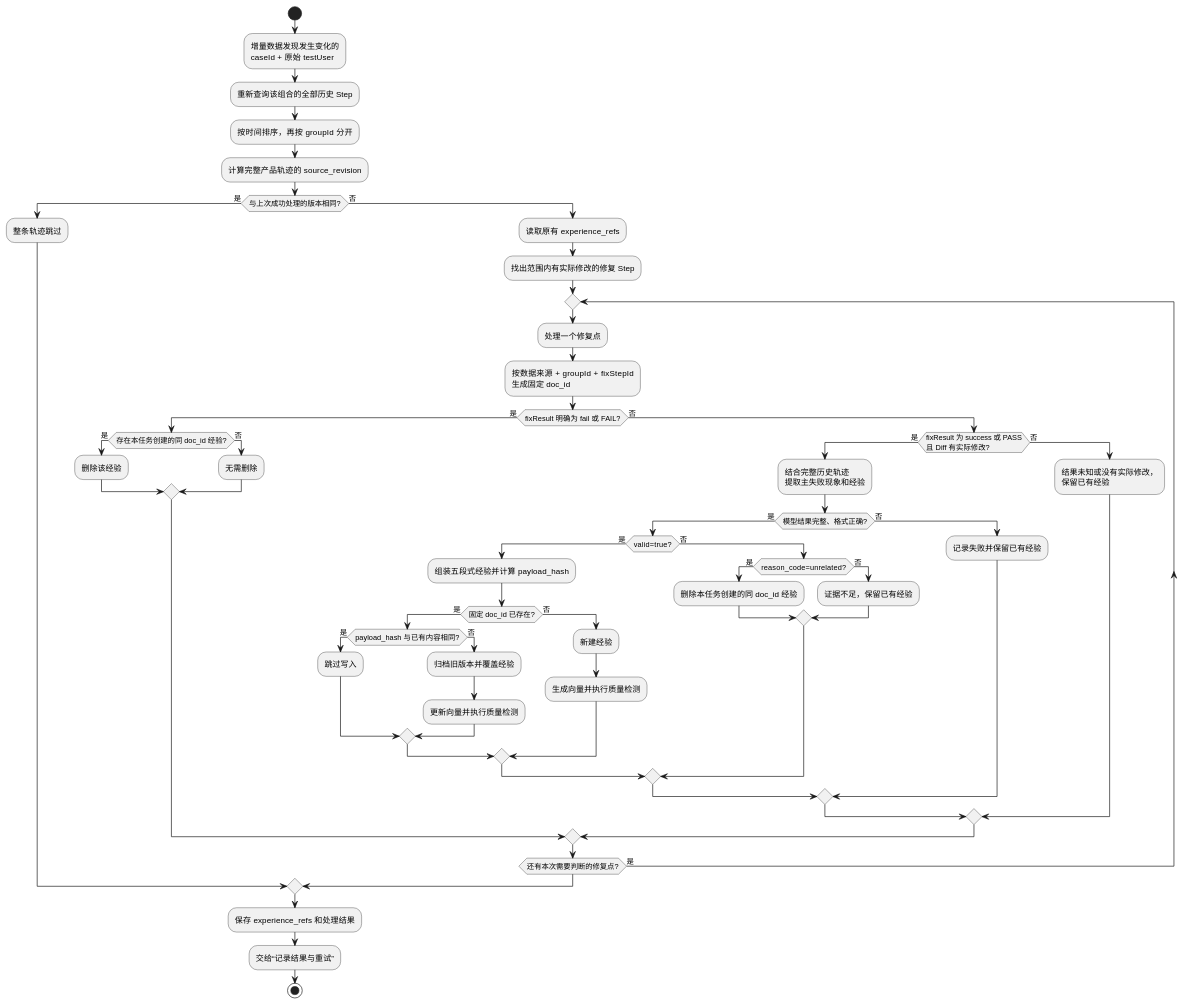
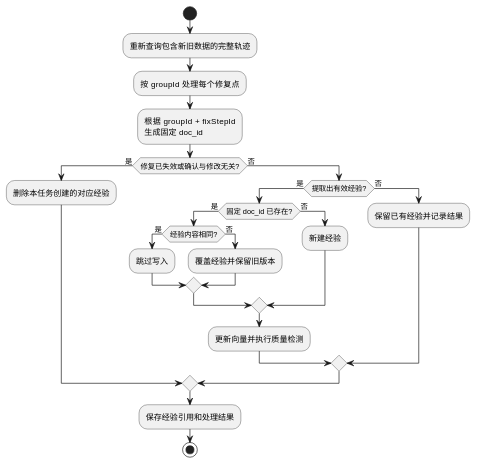
Before and after one commit to yf990848-droid/experience: diagram 12 of 15 in docs/调测轨迹经验提取设计文档.md, drawn with PlantUML.

Commit message:
docs: simplify experience sync flow

````diff
--- a/docs/调测轨迹经验提取设计文档.md
+++ b/docs/调测轨迹经验提取设计文档.md
@@ -543,64 +543,30 @@
 ```plantuml
 @startuml
 start
-:增量数据发现发生变化的\ncaseId + 原始 testUser;
-:重新查询该组合的全部历史 Step;
-:按时间排序，再按 groupId 分开;
-:计算完整产品轨迹的 source_revision;
+:重新查询包含新旧数据的完整轨迹;
+:按 groupId 处理每个修复点;
+:根据 groupId + fixStepId\n生成固定 doc_id;
 
-if (与上次成功处理的版本相同?) then (是)
-  :整条轨迹跳过;
+if (修复已失效或确认与修改无关?) then (是)
+  :删除本任务创建的对应经验;
 else (否)
-  :读取原有 experience_refs;
-  :找出范围内有实际修改的修复 Step;
-
-  repeat
-    :处理一个修复点;
-    :按数据来源 + groupId + fixStepId\n生成固定 doc_id;
-
-    if (fixResult 明确为 fail 或 FAIL?) then (是)
-      if (存在本任务创建的同 doc_id 经验?) then (是)
-        :删除该经验;
+  if (提取出有效经验?) then (是)
+    if (固定 doc_id 已存在?) then (是)
+      if (经验内容相同?) then (是)
+        :跳过写入;
       else (否)
-        :无需删除;
+        :覆盖经验并保留旧版本;
       endif
     else (否)
-      if (fixResult 为 success 或 PASS\n且 Diff 有实际修改?) then (是)
-        :结合完整历史轨迹\n提取主失败现象和经验;
-
-        if (模型结果完整、格式正确?) then (是)
-          if (valid=true?) then (是)
-            :组装五段式经验并计算 payload_hash;
-            if (固定 doc_id 已存在?) then (是)
-              if (payload_hash 与已有内容相同?) then (是)
-                :跳过写入;
-              else (否)
-                :归档旧版本并覆盖经验;
-                :更新向量并执行质量检测;
-              endif
-            else (否)
-              :新建经验;
-              :生成向量并执行质量检测;
-            endif
-          else (否)
-            if (reason_code=unrelated?) then (是)
-              :删除本任务创建的同 doc_id 经验;
-            else (否)
-              :证据不足，保留已有经验;
-            endif
-          endif
-        else (否)
-          :记录失败并保留已有经验;
-        endif
-      else (否)
-        :结果未知或没有实际修改，\n保留已有经验;
-      endif
+      :新建经验;
     endif
-  repeat while (还有本次需要判断的修复点?) is (是)
+    :更新向量并执行质量检测;
+  else (否)
+    :保留已有经验并记录结果;
+  endif
 endif
 
-:保存 experience_refs 和处理结果;
-:交给“记录结果与重试”;
+:保存经验引用和处理结果;
 stop
 @enduml
 ```
````
